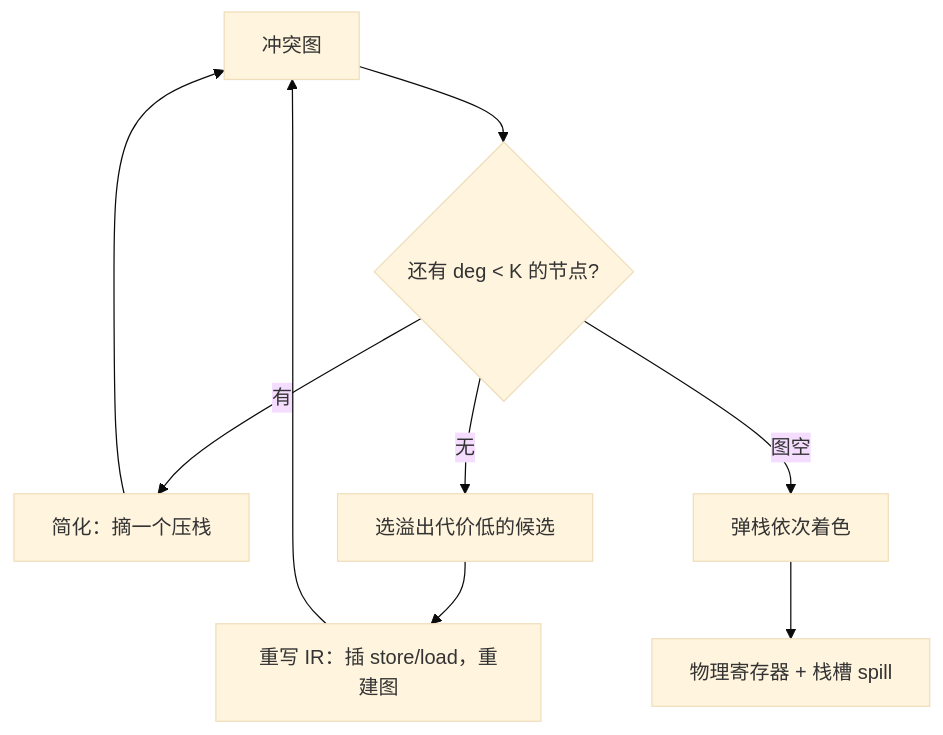
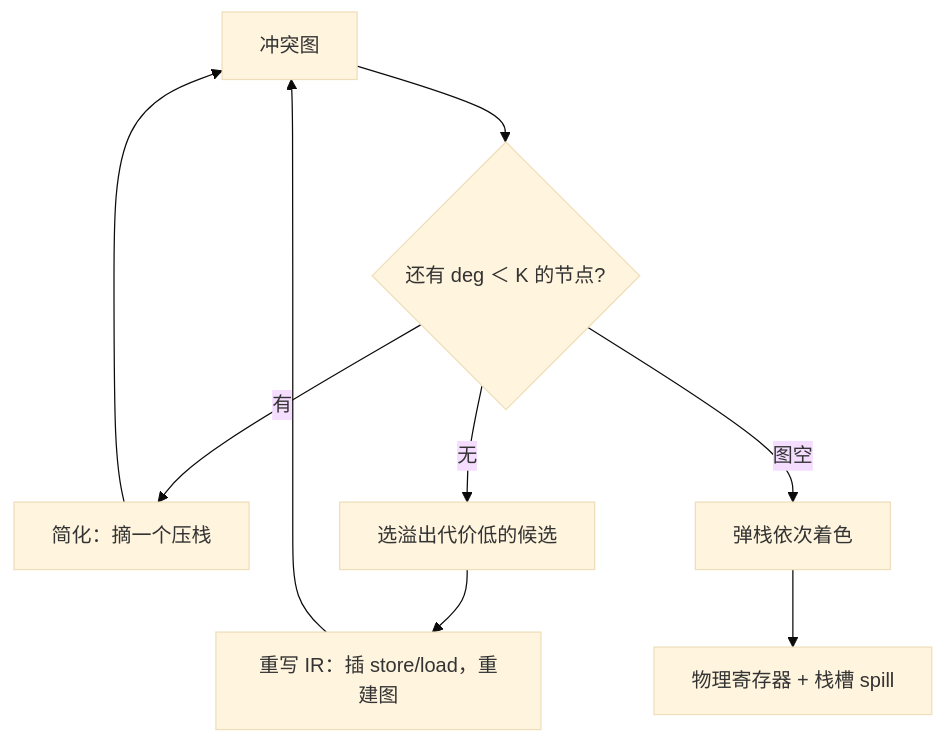
One commit to xhongduo-tech/xhongduo-tech.github.io changed the second of 2 diagrams in docs/cs/regalloc-color.md. Above: the diagram before and after it, drawn with Mermaid (base theme). The commit also changed 291 other files, not shown here.

Commit message:
Normalize lesson titles to tree names and repair mermaid arrow/quote syntax site-wide.

````diff
--- a/docs/cs/regalloc-color.md
+++ b/docs/cs/regalloc-color.md
@@ -54,11 +54,11 @@
 ```mermaid
 flowchart TD
-  IG["冲突图"] --> Q{"还有 deg < K 的节点?"}
+  IG["冲突图"] --> Q{"还有 deg ＜ K 的节点?"}
   Q -->|"有"| PUSH["简化：摘一个压栈"]
   PUSH --> IG
   Q -->|"无"| SP["选溢出代价低的候选"]
   SP --> REW["重写 IR：插 store/load，重建图"]
   REW --> IG
   Q -->|"图空"| POP["弹栈依次着色"]
   POP --> OUT["物理寄存器 + 栈槽 spill"]
 ```
````
